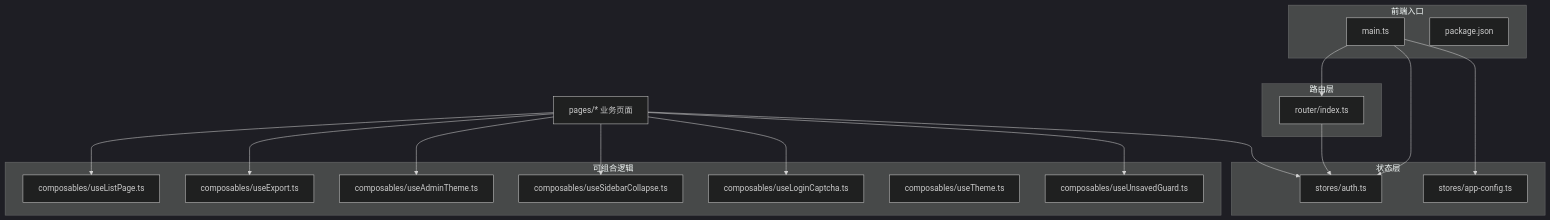
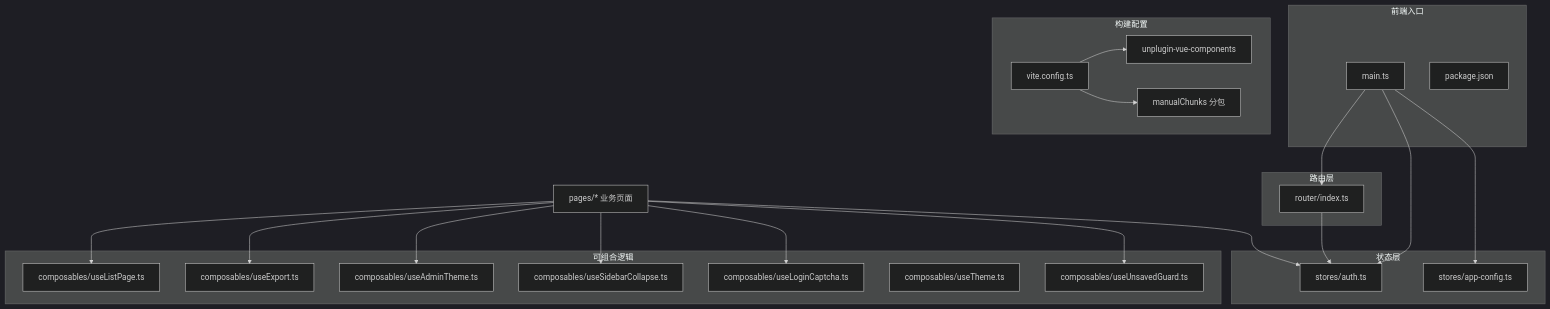
One commit to likele001/cenkor_mes changed the first of 12 diagrams in .qoder/repowiki/zh/content/前端多端架构/PC 管理后台（frontend-admin-pro）.md. Above: the diagram before and after it, drawn with Mermaid (dark theme). The commit also changed other lines of this file and 213 other files, not shown here.

````diff
--- a/.qoder/repowiki/zh/content/前端多端架构/PC 管理后台（frontend-admin-pro）.md
+++ b/.qoder/repowiki/zh/content/前端多端架构/PC 管理后台（frontend-admin-pro）.md
@@ -44,34 +55,41 @@
 ```mermaid
 graph TB
 subgraph "前端入口"
 main_ts["main.ts"]
 package_json["package.json"]
+end
+subgraph "构建配置"
+vite_config["vite.config.ts"]
+components_plugin["unplugin-vue-components"]
+chunk_splitting["manualChunks 分包"]
 end
 subgraph "路由层"
 router_index["router/index.ts"]
 end
 subgraph "状态层"
 store_auth["stores/auth.ts"]
 store_app_config["stores/app-config.ts"]
 end
 subgraph "可组合逻辑"
 comp_list["composables/useListPage.ts"]
 comp_export["composables/useExport.ts"]
 comp_theme_admin["composables/useAdminTheme.ts"]
 comp_sidebar["composables/useSidebarCollapse.ts"]
 comp_captcha["composables/useLoginCaptcha.ts"]
 comp_theme["composables/useTheme.ts"]
 comp_unsaved["composables/useUnsavedGuard.ts"]
 end
 main_ts --> router_index
 main_ts --> store_auth
 main_ts --> store_app_config
 router_index --> store_auth
 pages["pages/* 业务页面"] --> store_auth
 pages --> comp_list
 pages --> comp_export
 pages --> comp_theme_admin
 pages --> comp_sidebar
 pages --> comp_captcha
 pages --> comp_unsaved
+vite_config --> components_plugin
+vite_config --> chunk_splitting
 ```
````
